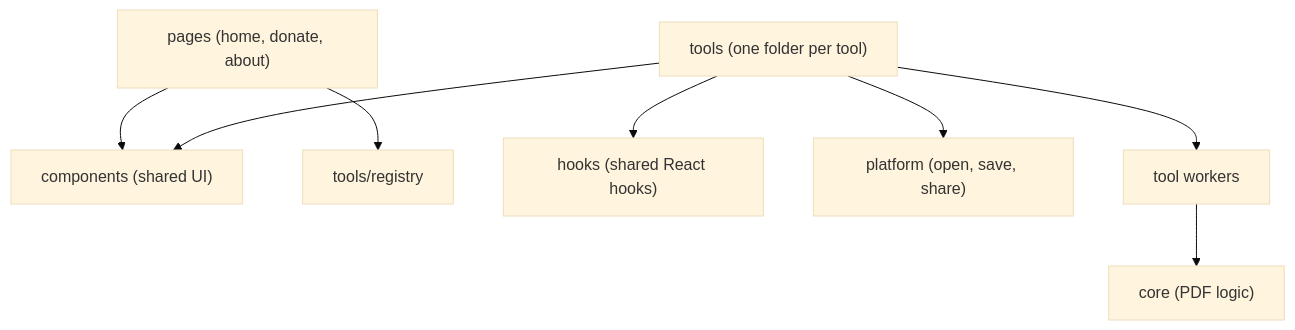
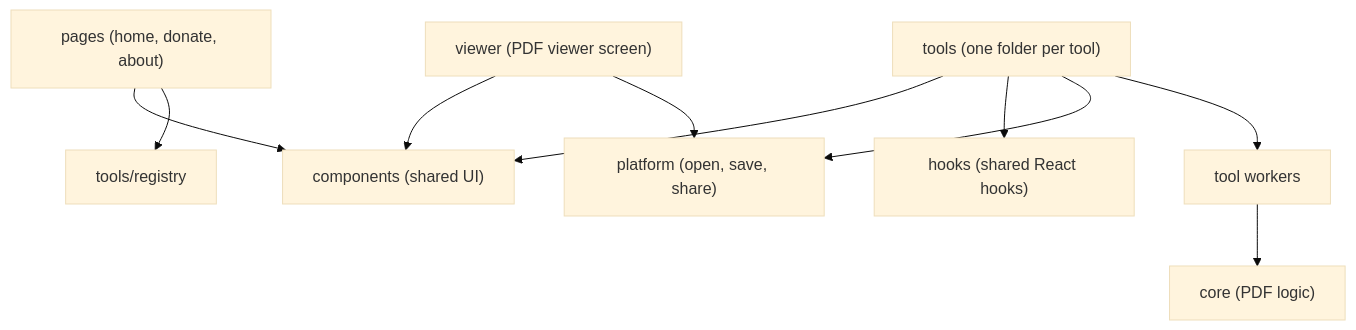
The first of 3 diagrams in docs/architecture.md (intabtools/intabpdf), drawn with Mermaid (base theme) before and after one commit. The commit also changed other lines of this file and 9 other files, not shown here.

````diff
--- a/docs/architecture.md
+++ b/docs/architecture.md
@@ -22,10 +22,12 @@
 ```mermaid
 flowchart TD
     Pages["pages (home, donate, about)"] --> Components["components (shared UI)"]
     Pages --> Registry["tools/registry"]
     Tools["tools (one folder per tool)"] --> Components
     Tools --> Hooks["hooks (shared React hooks)"]
     Tools --> Platform["platform (open, save, share)"]
     Tools --> Workers["tool workers"]
     Workers --> Core["core (PDF logic)"]
+    Viewer["viewer (PDF viewer screen)"] --> Components
+    Viewer --> Platform
 ```
````
